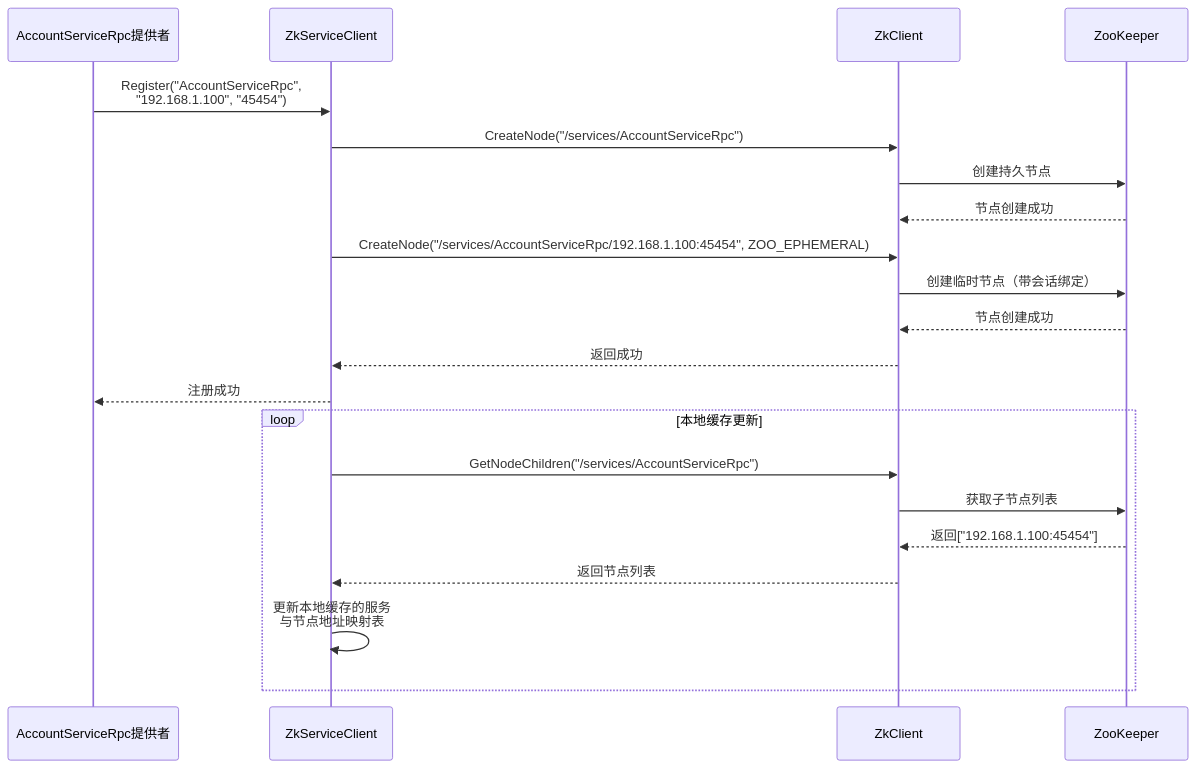
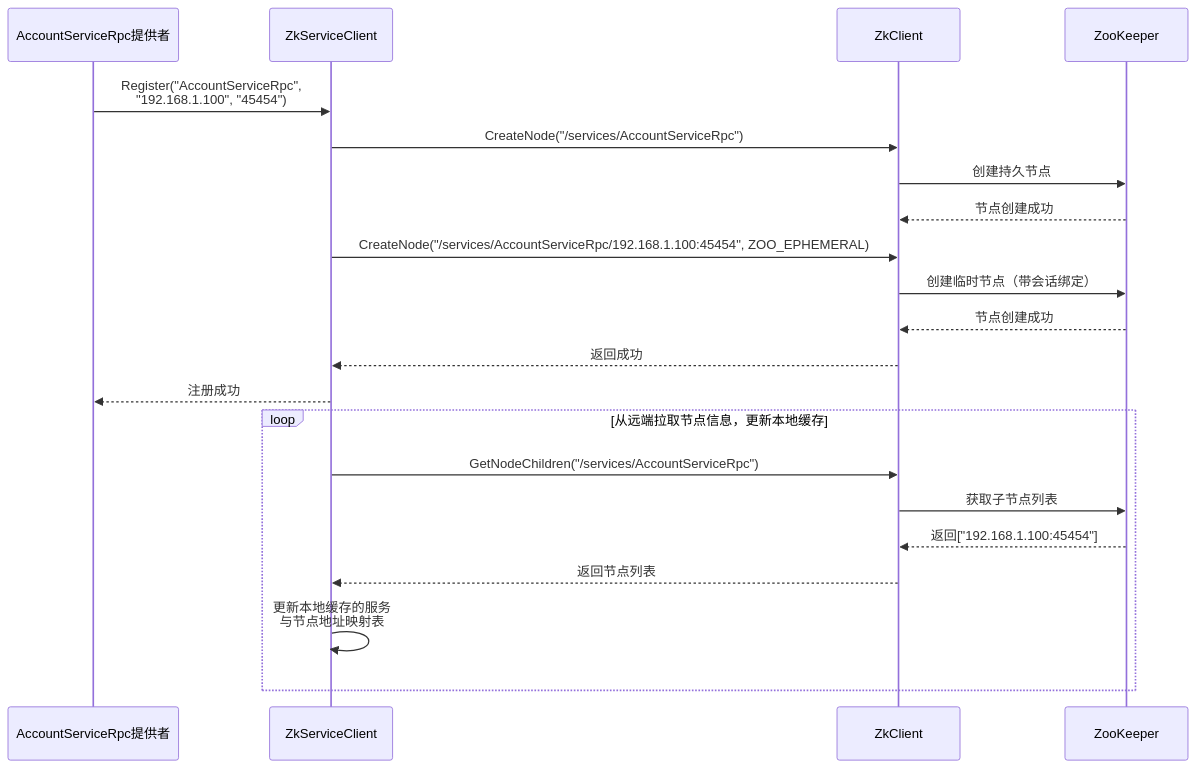
The first of 3 diagrams in doc/zk.md (MYMarcoreus/GameServer), drawn with Mermaid before and after one commit. The commit also changed other lines of this file and 38 other files, not shown here.

````diff
--- a/doc/zk.md
+++ b/doc/zk.md
@@ -16,25 +21,25 @@
 ```mermaid
 sequenceDiagram
     participant Provider as AccountServiceRpc提供者
     participant ZkSC as ZkServiceClient
     participant ZkC as ZkClient
     participant ZK as ZooKeeper
     
     Provider->>ZkSC: Register("AccountServiceRpc",<br> "192.168.1.100", "45454")
     ZkSC->>ZkC: CreateNode("/services/AccountServiceRpc")
     ZkC->>ZK: 创建持久节点
     ZK-->>ZkC: 节点创建成功
     ZkSC->>ZkC: CreateNode("/services/AccountServiceRpc/192.168.1.100:45454", ZOO_EPHEMERAL)
     ZkC->>ZK: 创建临时节点（带会话绑定）
     ZK-->>ZkC: 节点创建成功
     ZkC-->>ZkSC: 返回成功
     ZkSC-->>Provider: 注册成功
     
-    loop 本地缓存更新
+    loop 从远端拉取节点信息，更新本地缓存
         ZkSC->>ZkC: GetNodeChildren("/services/AccountServiceRpc")
         ZkC->>ZK: 获取子节点列表
         ZK-->>ZkC: 返回["192.168.1.100:45454"]
         ZkC-->>ZkSC: 返回节点列表
         ZkSC->>ZkSC: 更新本地缓存的服务<br>与节点地址映射表
     end
 ```
````
